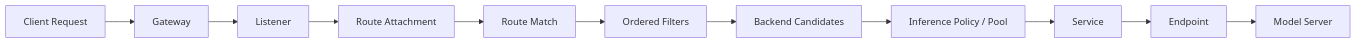
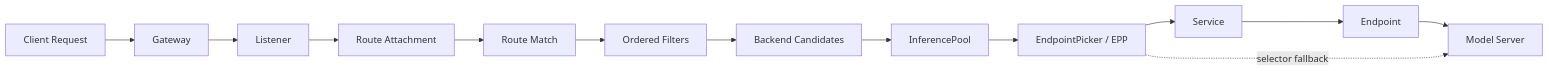
One commit to yebi511/GateLens changed the diagram in docs/03-domain-model.md. Above: the diagram before and after it, drawn with Mermaid. The commit also changed 8 other files, not shown here.

````diff
--- a/docs/03-domain-model.md
+++ b/docs/03-domain-model.md
@@ -5,6 +5,8 @@
 ```mermaid
 flowchart LR
   C[Client Request] --> G[Gateway] --> L[Listener] --> R[Route Attachment]
   R --> M[Route Match] --> F[Ordered Filters] --> B[Backend Candidates]
-  B --> P[Inference Policy / Pool] --> S[Service] --> E[Endpoint] --> U[Model Server]
+  B --> P[InferencePool] --> D[EndpointPicker / EPP]
+  D --> S[Service] --> E[Endpoint] --> U[Model Server]
+  D -. selector fallback .-> U
 ```
````
